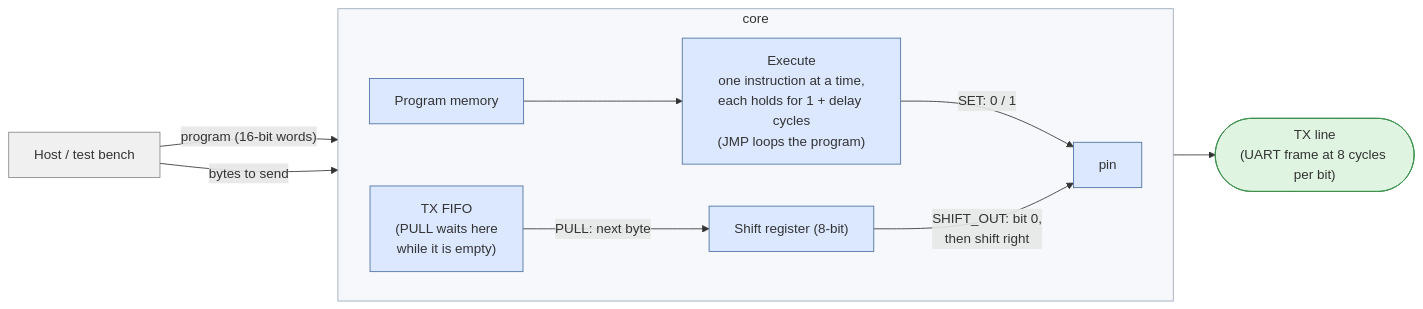
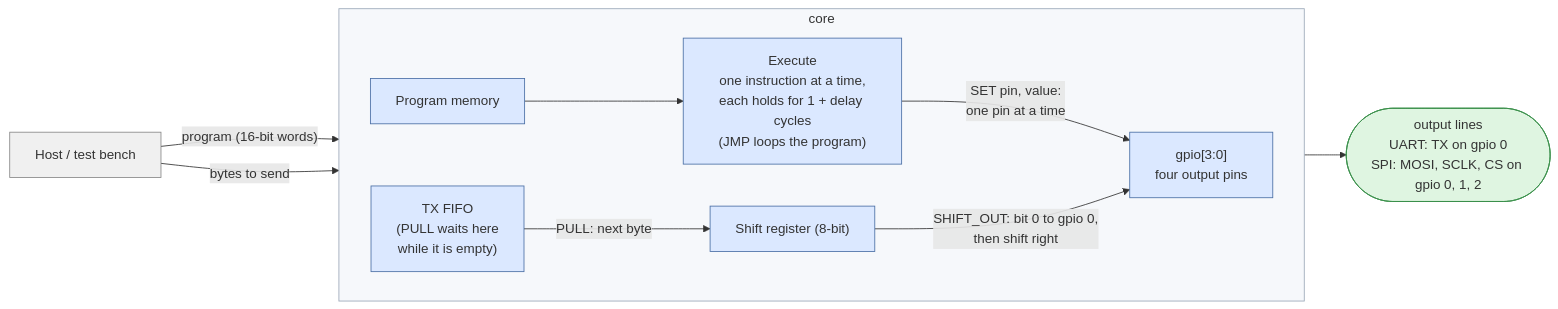
One commit to cshieldsce/smallcore changed the diagram in docs/overview.mmd. Above: the diagram before and after it, drawn with Mermaid. The commit also changed 12 other files, not shown here.

Commit message:
update diagrams for gpio pins

```diff
--- a/docs/overview.mmd
+++ b/docs/overview.mmd
@@ -1,25 +1,25 @@
-%% High-level view: what goes in, what comes out, and how a byte reaches the pin.
+%% High-level view: what goes in, what comes out, and how a byte reaches the pins.
 flowchart LR
   classDef ext fill:#f0f0f0,stroke:#888
   classDef core fill:#dbe8ff,stroke:#4a6fa5
   classDef out fill:#dff5e1,stroke:#3a8f4a
 
   HOST["Host / test bench"]:::ext
   HOST -->|"program (16-bit words)"| IMEM
   HOST -->|"bytes to send"| FIFO
 
   subgraph core["core"]
     direction LR
     IMEM["Program memory"]:::core
     EXEC["Execute<br/>one instruction at a time,<br/>each holds for 1 + delay cycles<br/>(JMP loops the program)"]:::core
     FIFO["TX FIFO<br/>(PULL waits here<br/>while it is empty)"]:::core
     SR["Shift register (8-bit)"]:::core
-    PIN["pin"]:::core
+    PIN["gpio[3:0]<br/>four output pins"]:::core
     IMEM --> EXEC
-    EXEC -->|"SET: 0 / 1"| PIN
+    EXEC -->|"SET pin, value:<br/>one pin at a time"| PIN
     FIFO -->|"PULL: next byte"| SR
-    SR -->|"SHIFT_OUT: bit 0,<br/>then shift right"| PIN
+    SR -->|"SHIFT_OUT: bit 0 to gpio 0,<br/>then shift right"| PIN
   end
 
-  PIN --> LINE(["TX line<br/>(UART frame at 8 cycles per bit)"]):::out
+  PIN --> LINE(["output lines<br/>UART: TX on gpio 0<br/>SPI: MOSI, SCLK, CS on gpio 0, 1, 2"]):::out
   style core fill:#f6f8fb,stroke:#9aa7b8
```
